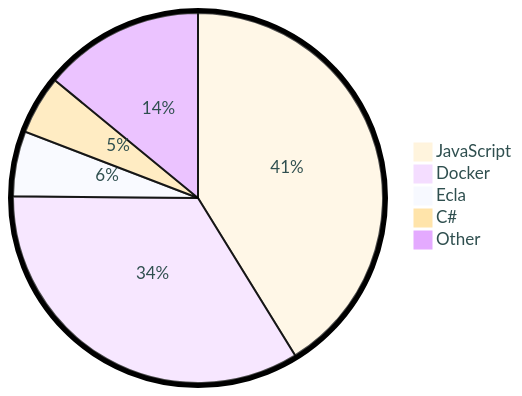
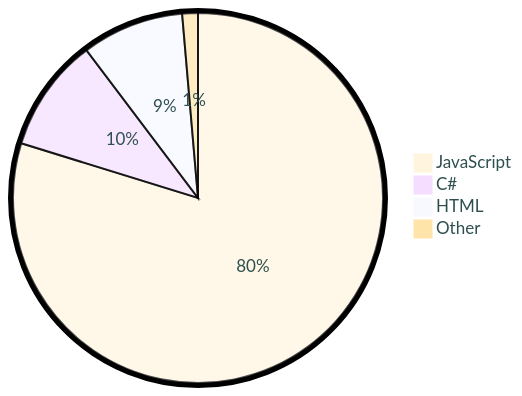
Before and after one commit to tot0p/tot0p: the diagram in README.md, drawn with Mermaid. The commit also changed other lines of this file, not shown here.

````diff
--- a/README.md
+++ b/README.md
@@ -79,9 +75,8 @@
 ```mermaid
 %%{init: {"pie": {"textPosition": 0.5}, "themeVariables": {"pieOuterStrokeWidth": "5px","primaryTextColor" : "#2F4F4F"},"theme":"base"} }%%
 pie
-	"JavaScript": 41.2
-	"Docker": 33.94
-	"Ecla": 5.69
-	"C#": 5.13
-	"Other": 14.040000000000001
+	"JavaScript": 79.79
+	"C#": 9.93
+	"HTML": 8.92
+	"Other": 1.37
 ```
````
